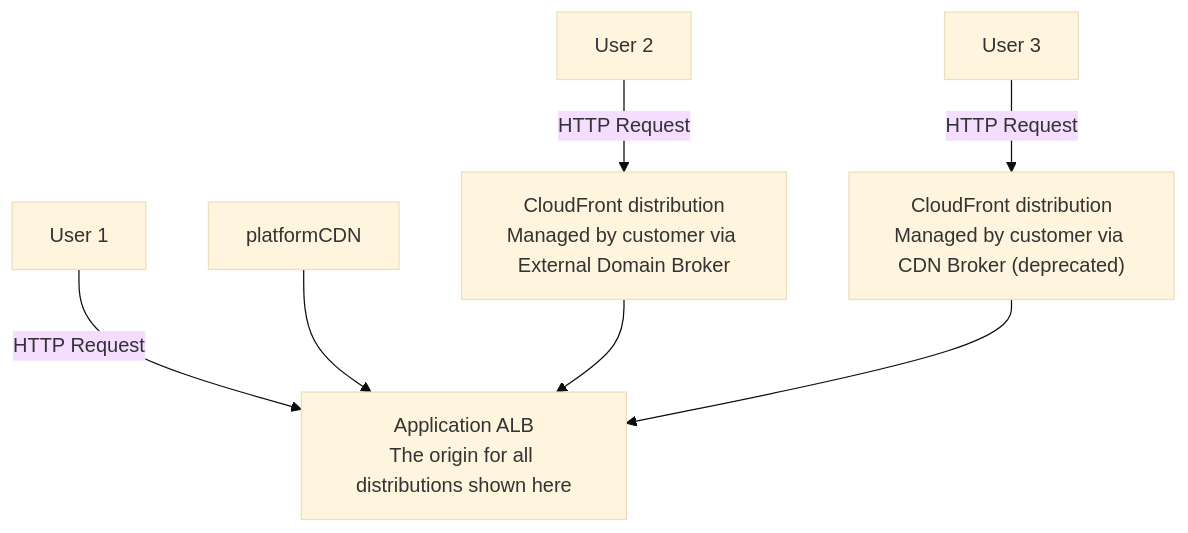
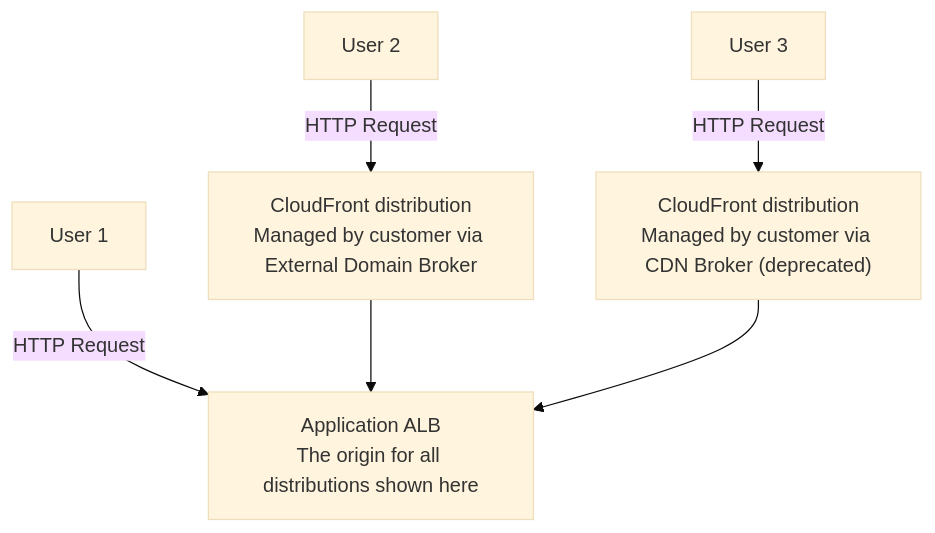
Before and after one commit to cloud-gov/product: the third of 6 diagrams in adr/ADR-0009-shield-advanced.md, drawn with Mermaid (base theme).

Commit message:
Iterating on system diagram

````diff
--- a/adr/ADR-0009-shield-advanced.md
+++ b/adr/ADR-0009-shield-advanced.md
@@ -109,12 +109,11 @@
 ```mermaid
 graph TD
     user1[User 1] -->|HTTP Request| appALB
     user2[User 2] -->|HTTP Request| brokeredCDN
     user3[User 3] -->|HTTP Request| legacyCDN
 
-    platformCDN --> appALB[App ALB]
     brokeredCDN[CloudFront distribution<p>Managed by customer via External Domain Broker</p>] --> appALB
     legacyCDN["CloudFront distribution<p>Managed by customer via CDN Broker (deprecated)</p>"] --> appALB
 
     appALB[Application ALB<p>The origin for all distributions shown here</p>]
 ```
````
